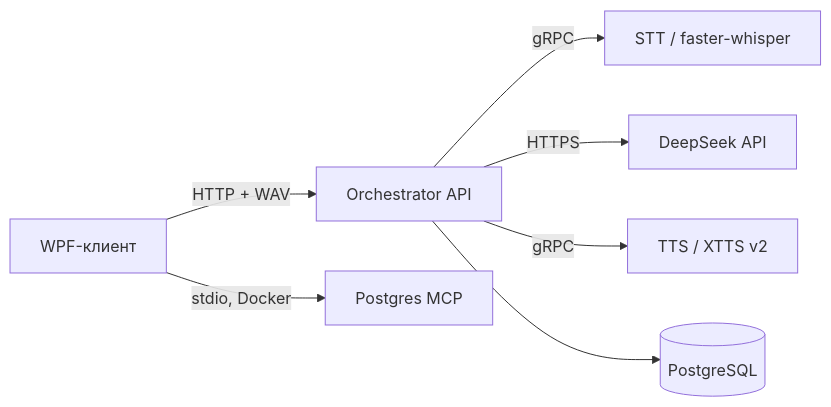
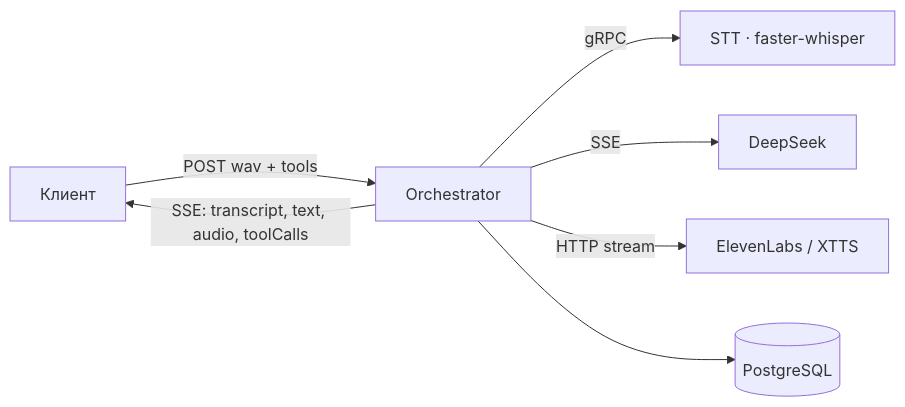
The diagram in README.md (lglg2288/YukiVA), drawn with Mermaid before and after one commit. The commit also changed other lines of this file and 2 other files, not shown here.

````diff
--- a/README.md
+++ b/README.md
@@ -27,9 +12,9 @@
 ```mermaid
 flowchart LR
-    Client["WPF-клиент"] -->|"HTTP + WAV"| API["Orchestrator API"]
-    API -->|"gRPC"| STT["STT / faster-whisper"]
-    API -->|"HTTPS"| LLM["DeepSeek API"]
-    API -->|"gRPC"| TTS["TTS / XTTS v2"]
+    Client["Клиент"] -->|"POST wav + tools"| API["Orchestrator"]
+    API -->|"SSE: transcript, text, audio, toolCalls"| Client
+    API -->|"gRPC"| STT["STT · faster-whisper"]
+    API -->|"SSE"| LLM["DeepSeek"]
+    API -->|"HTTP stream"| TTS["ElevenLabs / XTTS"]
     API --> DB[("PostgreSQL")]
-    Client -->|"stdio, Docker"| MCP["Postgres MCP"]
 ```
````
